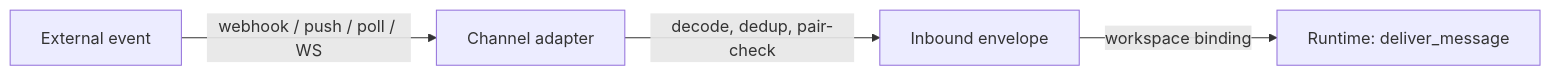
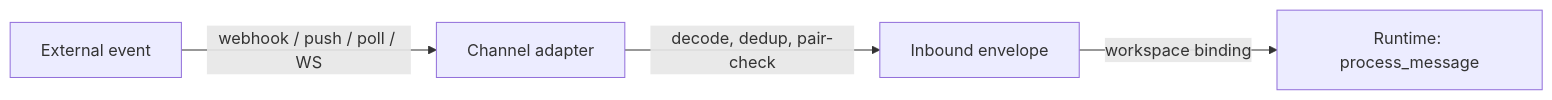
One commit to zeroclaw-labs/zeroclaw changed the first of 2 diagrams in docs/book/src/architecture/request-lifecycle.md. Above: the diagram before and after it, drawn with Mermaid. The commit also changed other lines of this file and 4 other files, not shown here.

````diff
--- a/docs/book/src/architecture/request-lifecycle.md
+++ b/docs/book/src/architecture/request-lifecycle.md
@@ -7,6 +7,6 @@
 ```mermaid
 flowchart LR
     A[External event] -->|webhook / push / poll / WS| B[Channel adapter]
     B -->|decode, dedup, pair-check| C[Inbound envelope]
-    C -->|workspace binding| D[Runtime: deliver_message]
+    C -->|workspace binding| D[Runtime: process_message]
 ```
````
